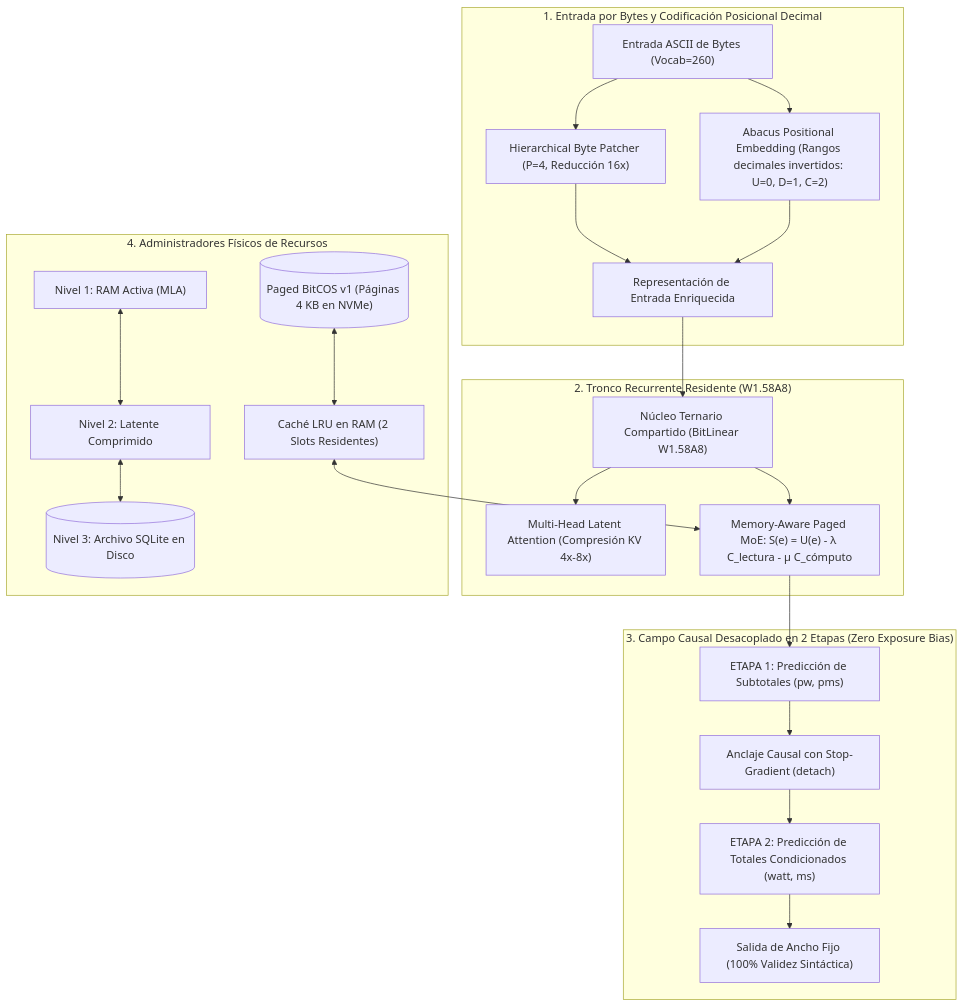
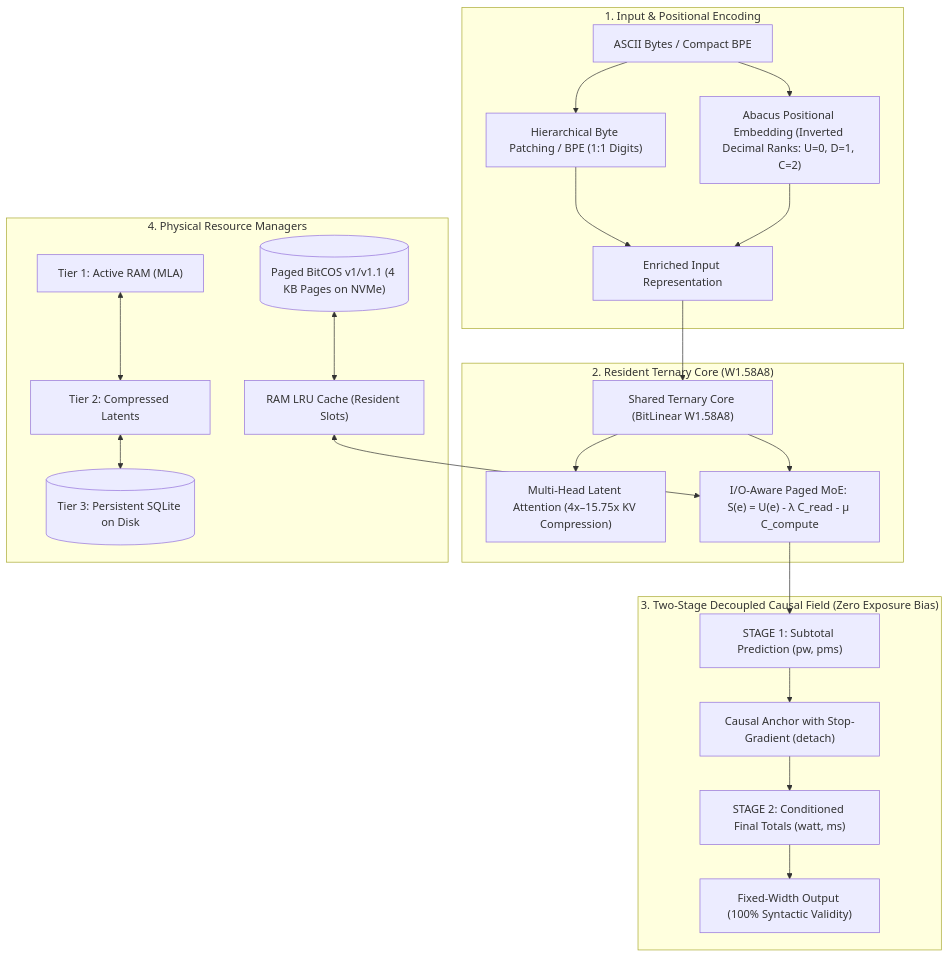
The diagram in README.md (Miguel19x/Basic-Lite-TRACE), drawn with Mermaid before and after one commit. The commit also changed other lines of this file and 4 other files, not shown here.

````diff
--- a/README.md
+++ b/README.md
@@ -32,27 +32,27 @@
 ```mermaid
 flowchart TD
-    subgraph InputStage ["1. Entrada por Bytes y Codificación Posicional Decimal"]
-        RawBytes["Entrada ASCII de Bytes (Vocab=260)"] --> BytePatch["Hierarchical Byte Patcher (P=4, Reducción 16x)"]
-        RawBytes --> AbacusLayer["Abacus Positional Embedding (Rangos decimales invertidos: U=0, D=1, C=2)"]
-        BytePatch & AbacusLayer --> CombinedEmbed["Representación de Entrada Enriquecida"]
+    subgraph InputStage ["1. Input & Positional Encoding"]
+        RawBytes["ASCII Bytes / Compact BPE"] --> BytePatch["Hierarchical Byte Patching / BPE (1:1 Digits)"]
+        RawBytes --> AbacusLayer["Abacus Positional Embedding (Inverted Decimal Ranks: U=0, D=1, C=2)"]
+        BytePatch & AbacusLayer --> CombinedEmbed["Enriched Input Representation"]
     end
 
-    subgraph CoreTernary ["2. Tronco Recurrente Residente (W1.58A8)"]
-        CombinedEmbed --> SharedCore["Núcleo Ternario Compartido (BitLinear W1.58A8)"]
-        SharedCore --> MLA["Multi-Head Latent Attention (Compresión KV 4x-8x)"]
-        SharedCore --> PagedMoE["Memory-Aware Paged MoE: S(e) = U(e) - λ C_lectura - μ C_cómputo"]
+    subgraph CoreTernary ["2. Resident Ternary Core (W1.58A8)"]
+        CombinedEmbed --> SharedCore["Shared Ternary Core (BitLinear W1.58A8)"]
+        SharedCore --> MLA["Multi-Head Latent Attention (4x–15.75x KV Compression)"]
+        SharedCore --> PagedMoE["I/O-Aware Paged MoE: S(e) = U(e) - λ C_read - μ C_compute"]
     end
 
-    subgraph TwoStageField ["3. Campo Causal Desacoplado en 2 Etapas (Zero Exposure Bias)"]
-        PagedMoE --> Stage1["ETAPA 1: Predicción de Subtotales (pw, pms)"]
-        Stage1 --> CausalAnchor["Anclaje Causal con Stop-Gradient (detach)"]
-        CausalAnchor --> Stage2["ETAPA 2: Predicción de Totales Condicionados (watt, ms)"]
-        Stage2 --> OutputBytes["Salida de Ancho Fijo (100% Validez Sintáctica)"]
+    subgraph TwoStageField ["3. Two-Stage Decoupled Causal Field (Zero Exposure Bias)"]
+        PagedMoE --> Stage1["STAGE 1: Subtotal Prediction (pw, pms)"]
+        Stage1 --> CausalAnchor["Causal Anchor with Stop-Gradient (detach)"]
+        CausalAnchor --> Stage2["STAGE 2: Conditioned Final Totals (watt, ms)"]
+        Stage2 --> OutputBytes["Fixed-Width Output (100% Syntactic Validity)"]
     end
 
-    subgraph MemoryHierarchy ["4. Administradores Físicos de Recursos"]
-        PagedBitCOS[("Paged BitCOS v1 (Páginas 4 KB en NVMe)")] <--> LRUCache["Caché LRU en RAM (2 Slots Residentes)"]
+    subgraph MemoryHierarchy ["4. Physical Resource Managers"]
+        PagedBitCOS[("Paged BitCOS v1/v1.1 (4 KB Pages on NVMe)")] <--> LRUCache["RAM LRU Cache (Resident Slots)"]
         LRUCache <--> PagedMoE
-        L1RAM["Nivel 1: RAM Activa (MLA)"] <--> L2Latent["Nivel 2: Latente Comprimido"] <--> L3SQLite[("Nivel 3: Archivo SQLite en Disco")]
+        L1RAM["Tier 1: Active RAM (MLA)"] <--> L2Latent["Tier 2: Compressed Latents"] <--> L3SQLite[("Tier 3: Persistent SQLite on Disk")]
     end
 ```
````
